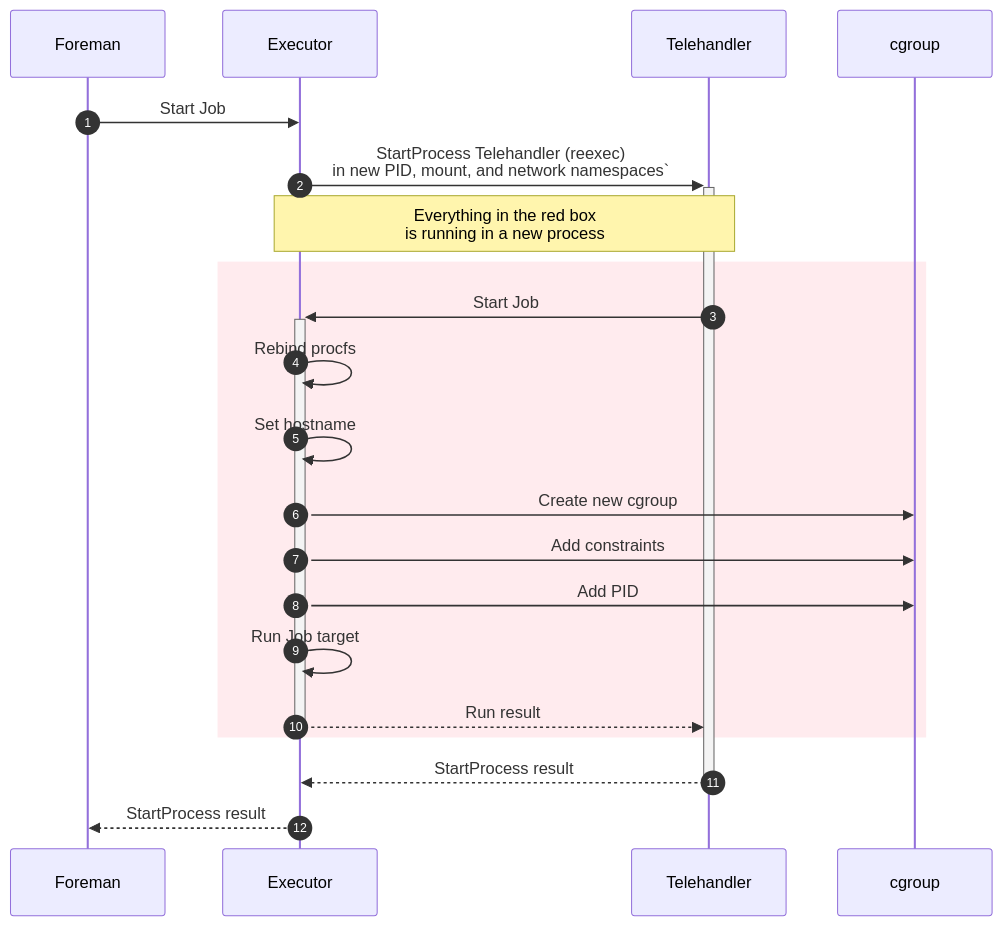
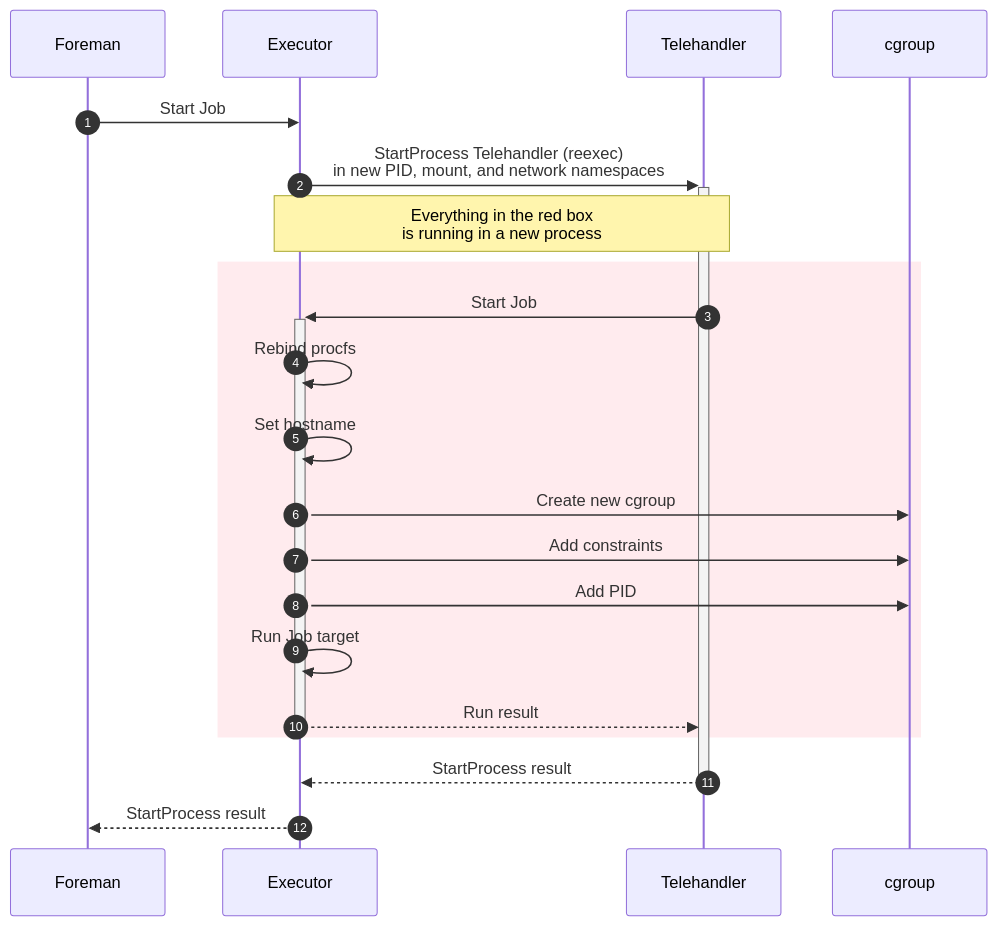
The third of 4 diagrams in docs/design.md (drrev/telehandler), drawn with Mermaid before and after one commit.

Commit message:
Remove backtick

````diff
--- a/docs/design.md
+++ b/docs/design.md
@@ -95,19 +95,19 @@
 ```mermaid
 sequenceDiagram
     autonumber
     Foreman ->> Executor: Start Job
-    Executor ->>+ Telehandler: StartProcess Telehandler (reexec)<br/>in new PID, mount, and network namespaces`
+    Executor ->>+ Telehandler: StartProcess Telehandler (reexec)<br/>in new PID, mount, and network namespaces
     note over Telehandler,Executor: Everything in the red box <br/>is running in a new process
     rect rgb(255,235,238)
     Telehandler ->>+ Executor: Start Job
     Executor ->> Executor: Rebind procfs
     Executor ->> Executor: Set hostname
     Executor ->> cgroup: Create new cgroup
     Executor ->> cgroup: Add constraints
     Executor ->> cgroup: Add PID
     Executor ->> Executor: Run Job target
     Executor -->>- Telehandler: Run result
     end
     Telehandler -->>- Executor: StartProcess result
     Executor -->> Foreman: StartProcess result
 ```
````
